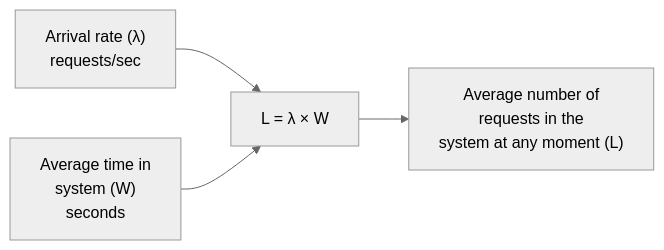
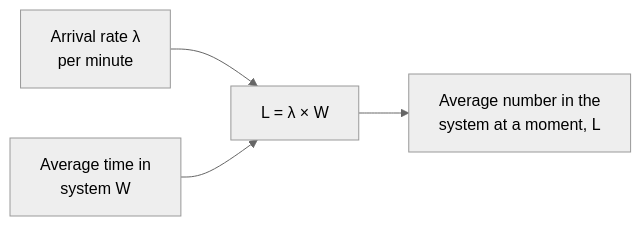
Before and after one commit to francoandreDev/knowledge: the diagram in src/content/applied-math/queueing-theory-basics/L2-concept.mdx, drawn with Mermaid (neutral theme). The commit also changed other lines of this file and 3 other files, not shown here.

````diff
--- a/src/content/applied-math/queueing-theory-basics/L2-concept.mdx
+++ b/src/content/applied-math/queueing-theory-basics/L2-concept.mdx
@@ -92,6 +106,6 @@
 ```mermaid
 flowchart LR
-    A["Arrival rate (λ)\nrequests/sec"] --> C["L = λ × W"]
-    B["Average time in\nsystem (W)\nseconds"] --> C
-    C --> D["Average number of\nrequests in the\nsystem at any moment (L)"]
+    A["Arrival rate λ<br/>per minute"] --> C["L = λ × W"]
+    B["Average time in<br/>system W"] --> C
+    C --> D["Average number in the<br/>system at a moment, L"]
 ```
````
